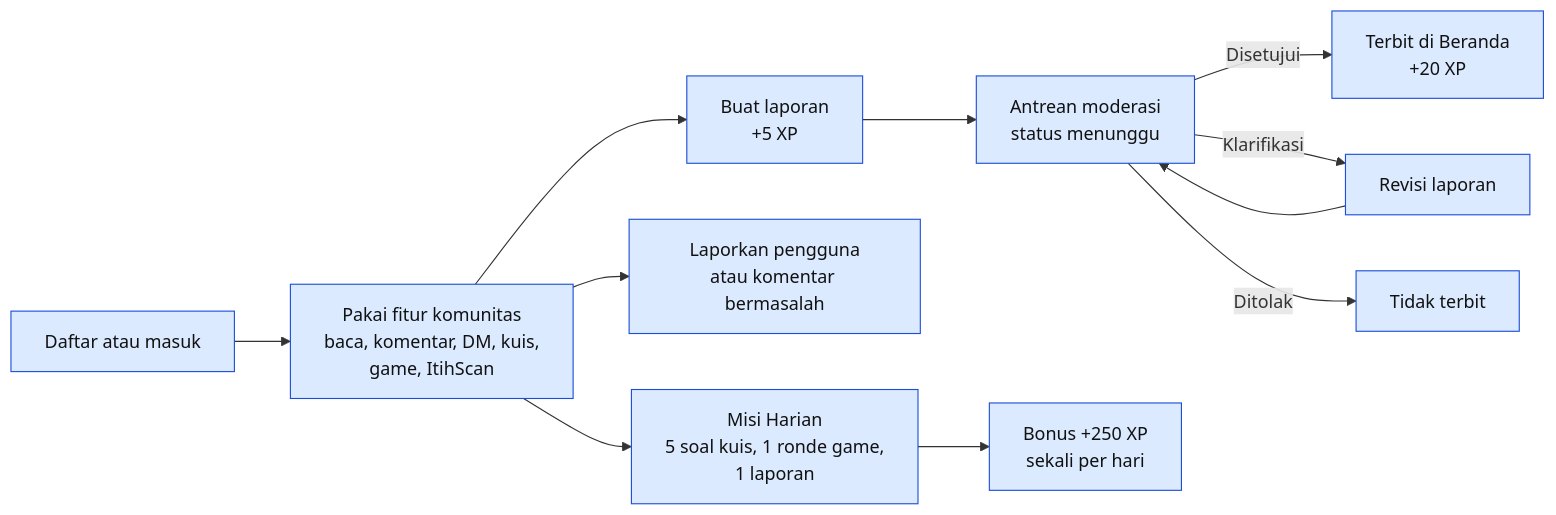
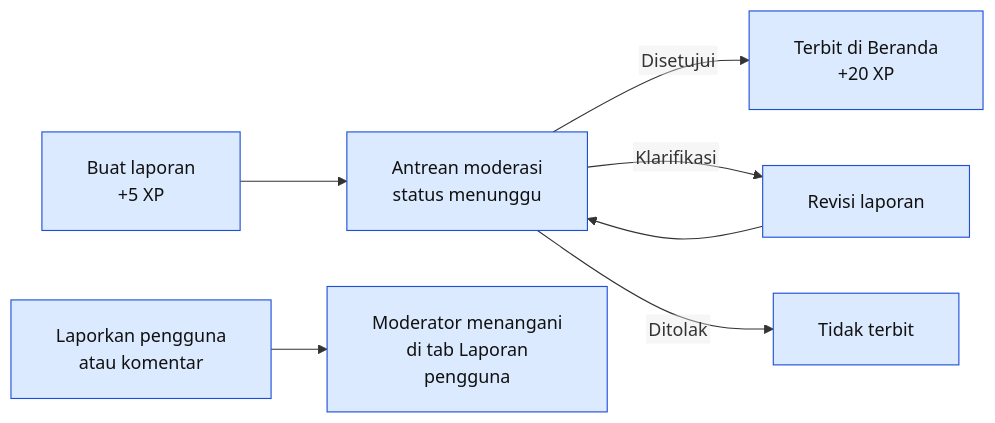
The seventh of 12 diagrams in README.md (ZaidAlHibb/ITIHIX), drawn with Mermaid before and after one commit. The commit also changed other lines of this file, not shown here.

````diff
--- a/README.md
+++ b/README.md
@@ -369,15 +437,12 @@
 ```mermaid
+%%{init: {"flowchart": {"htmlLabels": false, "padding": 20}, "themeVariables": {"fontFamily": "Arial, Helvetica, sans-serif"}}}%%
 flowchart LR
-    A[Daftar atau masuk] --> B[Pakai fitur komunitas<br/>baca, komentar, DM, kuis,<br/>game, ItihScan]
-    B --> C[Buat laporan<br/>+5 XP]
-    C --> D[Antrean moderasi<br/>status menunggu]
-    D -->|Disetujui| E[Terbit di Beranda<br/>+20 XP]
-    D -->|Klarifikasi| F[Revisi laporan]
-    F --> D
-    D -->|Ditolak| G[Tidak terbit]
-    B --> H[Laporkan pengguna<br/>atau komentar bermasalah]
-    B --> M[Misi Harian<br/>5 soal kuis, 1 ronde game,<br/>1 laporan]
-    M --> N[Bonus +250 XP<br/>sekali per hari]
+    A[Buat laporan<br/>+5 XP] --> B[Antrean moderasi<br/>status menunggu]
+    B -->|Disetujui| C[Terbit di Beranda<br/>+20 XP]
+    B -->|Klarifikasi| D[Revisi laporan]
+    D --> B
+    B -->|Ditolak| E[Tidak terbit]
+    F[Laporkan pengguna<br/>atau komentar] --> G[Moderator menangani<br/>di tab Laporan<br/>pengguna]
     classDef user fill:#dbeafe,stroke:#1d4ed8,color:#111111
-    class A,B,C,D,E,F,G,H,M,N user
+    class A,B,C,D,E,F,G user
 ```
````
